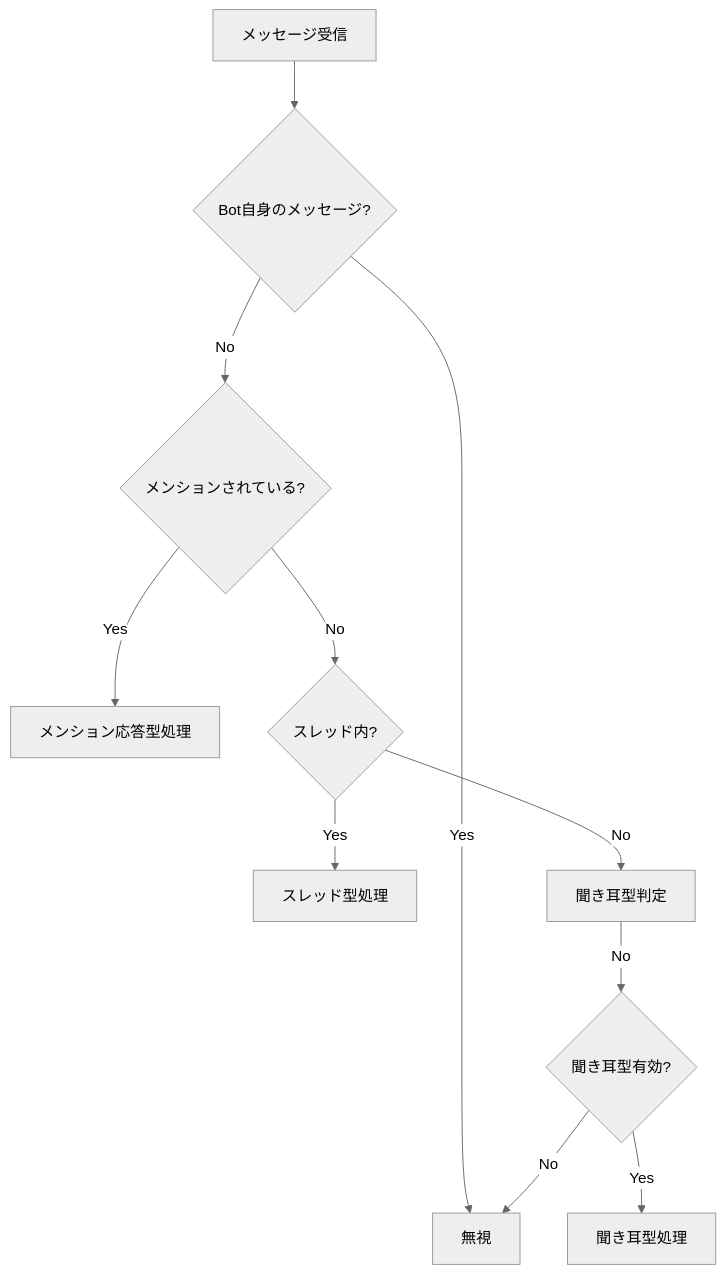
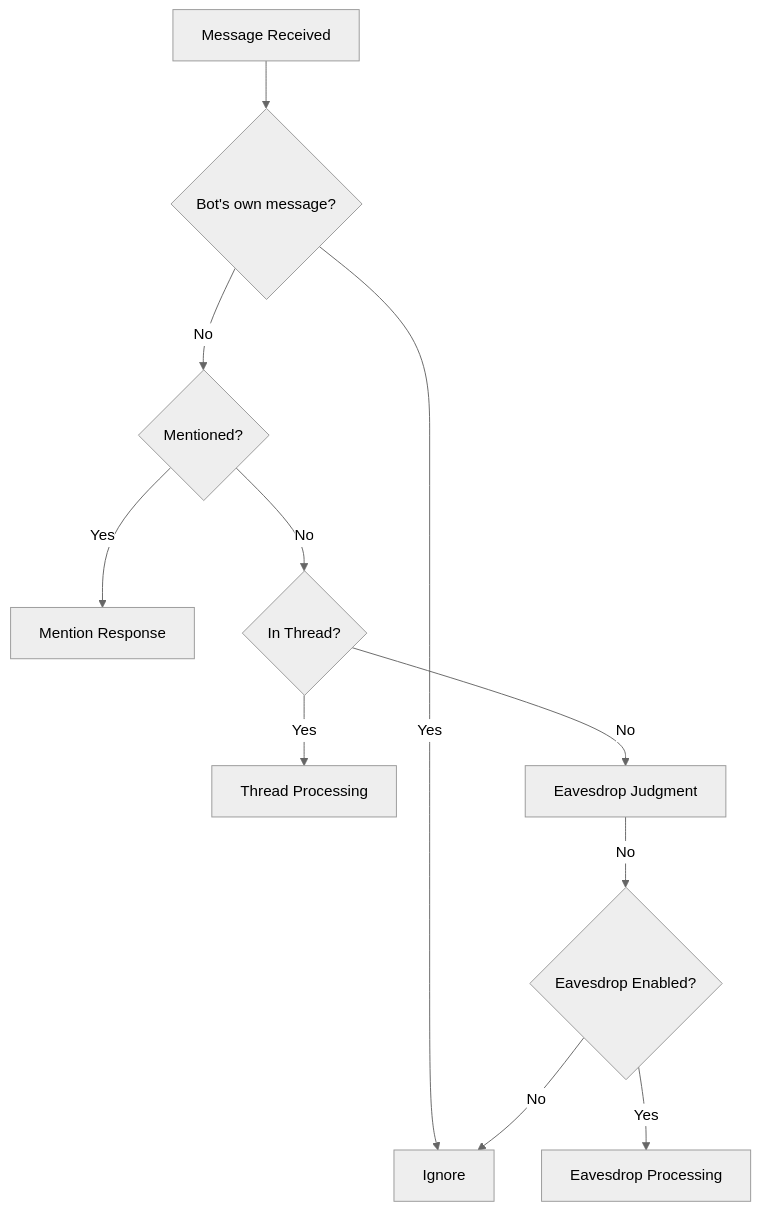
The first of 3 diagrams in docs/specifications/event-specification.md (fluxrozin/kotonoha-bot), drawn with Mermaid (neutral theme) before and after one commit. The commit also changed other lines of this file and 42 other files, not shown here.

First line of the commit message:
Enhance configuration and documentation for thread management and eavesdrop functionality

````diff
--- a/docs/specifications/event-specification.md
+++ b/docs/specifications/event-specification.md
@@ -40,13 +37,13 @@
 ```mermaid
 flowchart TD
-    A[メッセージ受信] --> B{Bot自身のメッセージ?}
-    B -->|Yes| Z[無視]
-    B -->|No| C{メンションされている?}
-    C -->|Yes| D[メンション応答型処理]
-    C -->|No| E{スレッド内?}
-    E -->|Yes| F[スレッド型処理]
-    E -->|No| G[聞き耳型判定]
-    G -->|No| I{聞き耳型有効?}
-    I -->|Yes| J[聞き耳型処理]
+    A[Message Received] --> B{Bot's own message?}
+    B -->|Yes| Z[Ignore]
+    B -->|No| C{Mentioned?}
+    C -->|Yes| D[Mention Response]
+    C -->|No| E{In Thread?}
+    E -->|Yes| F[Thread Processing]
+    E -->|No| G[Eavesdrop Judgment]
+    G -->|No| I{Eavesdrop Enabled?}
+    I -->|Yes| J[Eavesdrop Processing]
     I -->|No| Z
 ```
````
